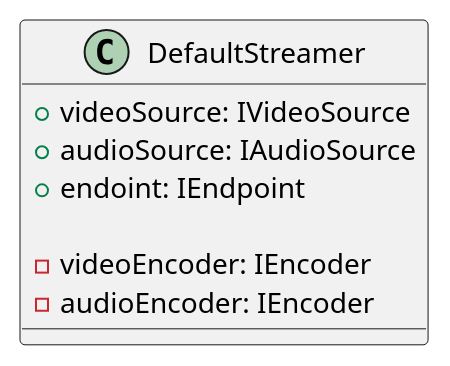
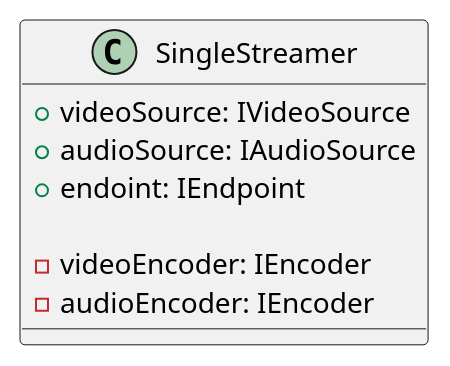
One commit to ThibaultBee/StreamPack changed the fourth of 5 diagrams in DEVELOPER_README.md. Above: the diagram before and after it, drawn with PlantUML. The commit also changed other lines of this file and 108 other files, not shown here.

Commit message:
refactor(*): move current streamer to single

```diff
--- a/DEVELOPER_README.md
+++ b/DEVELOPER_README.md
@@ -162,11 +162,11 @@
 @startuml
-class DefaultStreamer {
+class SingleStreamer {
 
 + videoSource: IVideoSource
 + audioSource: IAudioSource
 + endoint: IEndpoint
 
 - videoEncoder: IEncoder
 - audioEncoder: IEncoder
   }
   @enduml
```
